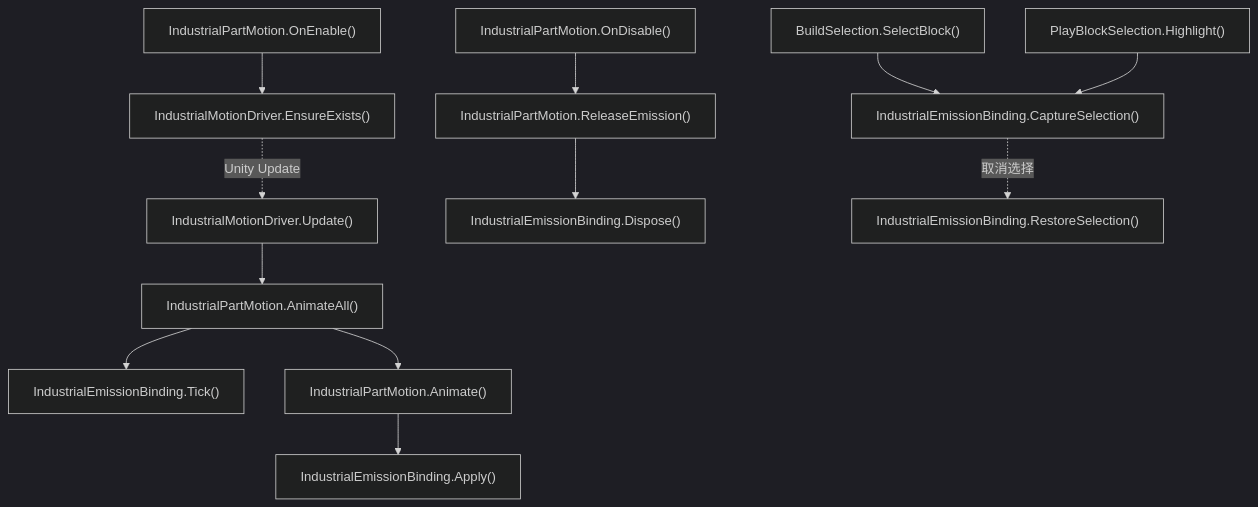
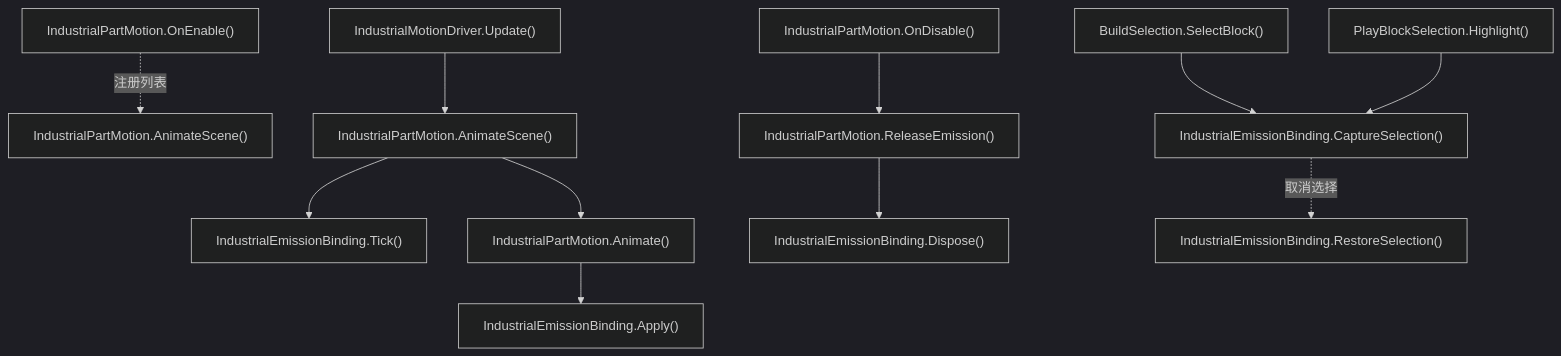
One commit to kukudia/HY-Sandbox changed diagram 26 of 54 in Docs/RuntimeFlow.md. Above: the diagram before and after it, drawn with Mermaid (dark theme). The commit also changed other lines of this file and 151 other files, not shown here.

````diff
--- a/Docs/RuntimeFlow.md
+++ b/Docs/RuntimeFlow.md
@@ -2468,42 +2468,41 @@
 ```mermaid
 flowchart TD
     A["IndustrialPartMotion.OnEnable()"]
     click A "../Assets/Scripts/Features/Presentation/Blocks/IndustrialPartMotion.cs#L37" "打开源码"
-    B["IndustrialMotionDriver.EnsureExists()"]
-    click B "../Assets/Scripts/Features/Presentation/Blocks/IndustrialMotionDriver.cs#L9" "打开源码"
+    B["IndustrialPartMotion.AnimateScene()"]
+    click B "../Assets/Scripts/Features/Presentation/Blocks/IndustrialPartMotion.cs#L79" "打开源码"
     C["IndustrialMotionDriver.Update()"]
-    click C "../Assets/Scripts/Features/Presentation/Blocks/IndustrialMotionDriver.cs#L24" "打开源码"
-    D["IndustrialPartMotion.AnimateAll()"]
-    click D "../Assets/Scripts/Features/Presentation/Blocks/IndustrialPartMotion.cs#L70" "打开源码"
+    click C "../Assets/Scripts/Features/Presentation/Blocks/IndustrialMotionDriver.cs#L7" "打开源码"
+    D["IndustrialPartMotion.AnimateScene()"]
+    click D "../Assets/Scripts/Features/Presentation/Blocks/IndustrialPartMotion.cs#L79" "打开源码"
     E["IndustrialEmissionBinding.Tick()"]
-    click E "../Assets/Scripts/Features/Presentation/Blocks/IndustrialEmissionBinding.cs#L95" "打开源码"
+    click E "../Assets/Scripts/Features/Presentation/Blocks/IndustrialEmissionBinding.cs#L96" "打开源码"
     F["IndustrialPartMotion.Animate()"]
-    click F "../Assets/Scripts/Features/Presentation/Blocks/IndustrialPartMotion.cs#L81" "打开源码"
+    click F "../Assets/Scripts/Features/Presentation/Blocks/IndustrialPartMotion.cs#L93" "打开源码"
     G["IndustrialEmissionBinding.Apply()"]
     click G "../Assets/Scripts/Features/Presentation/Blocks/IndustrialEmissionBinding.cs#L73" "打开源码"
     H["IndustrialPartMotion.OnDisable()"]
-    click H "../Assets/Scripts/Features/Presentation/Blocks/IndustrialPartMotion.cs#L54" "打开源码"
+    click H "../Assets/Scripts/Features/Presentation/Blocks/IndustrialPartMotion.cs#L52" "打开源码"
     I["IndustrialPartMotion.ReleaseEmission()"]
-    click I "../Assets/Scripts/Features/Presentation/Blocks/IndustrialPartMotion.cs#L147" "打开源码"
+    click I "../Assets/Scripts/Features/Presentation/Blocks/IndustrialPartMotion.cs#L159" "打开源码"
     J["IndustrialEmissionBinding.Dispose()"]
-    click J "../Assets/Scripts/Features/Presentation/Blocks/IndustrialEmissionBinding.cs#L123" "打开源码"
+    click J "../Assets/Scripts/Features/Presentation/Blocks/IndustrialEmissionBinding.cs#L130" "打开源码"
     K["IndustrialEmissionBinding.CaptureSelection()"]
-    click K "../Assets/Scripts/Features/Presentation/Blocks/IndustrialEmissionBinding.cs#L104" "打开源码"
+    click K "../Assets/Scripts/Features/Presentation/Blocks/IndustrialEmissionBinding.cs#L111" "打开源码"
     L["IndustrialEmissionBinding.RestoreSelection()"]
-    click L "../Assets/Scripts/Features/Presentation/Blocks/IndustrialEmissionBinding.cs#L117" "打开源码"
+    click L "../Assets/Scripts/Features/Presentation/Blocks/IndustrialEmissionBinding.cs#L124" "打开源码"
     M["BuildSelection.SelectBlock()"]
     click M "../Assets/Scripts/Features/Building/Interaction/BuildSelection.cs#L80" "打开源码"
     N["PlayBlockSelection.Highlight()"]
     click N "../Assets/Scripts/Features/Simulation/Presentation/PlayBlockSelection.cs#L9" "打开源码"
-    A --> B
-    B -.->|Unity Update| C
+    A -.->|注册列表| B
     C --> D
     D --> E
     D --> F
     F --> G
     H --> I
     I --> J
     M --> K
     N --> K
     K -.->|取消选择| L
 ```
````
